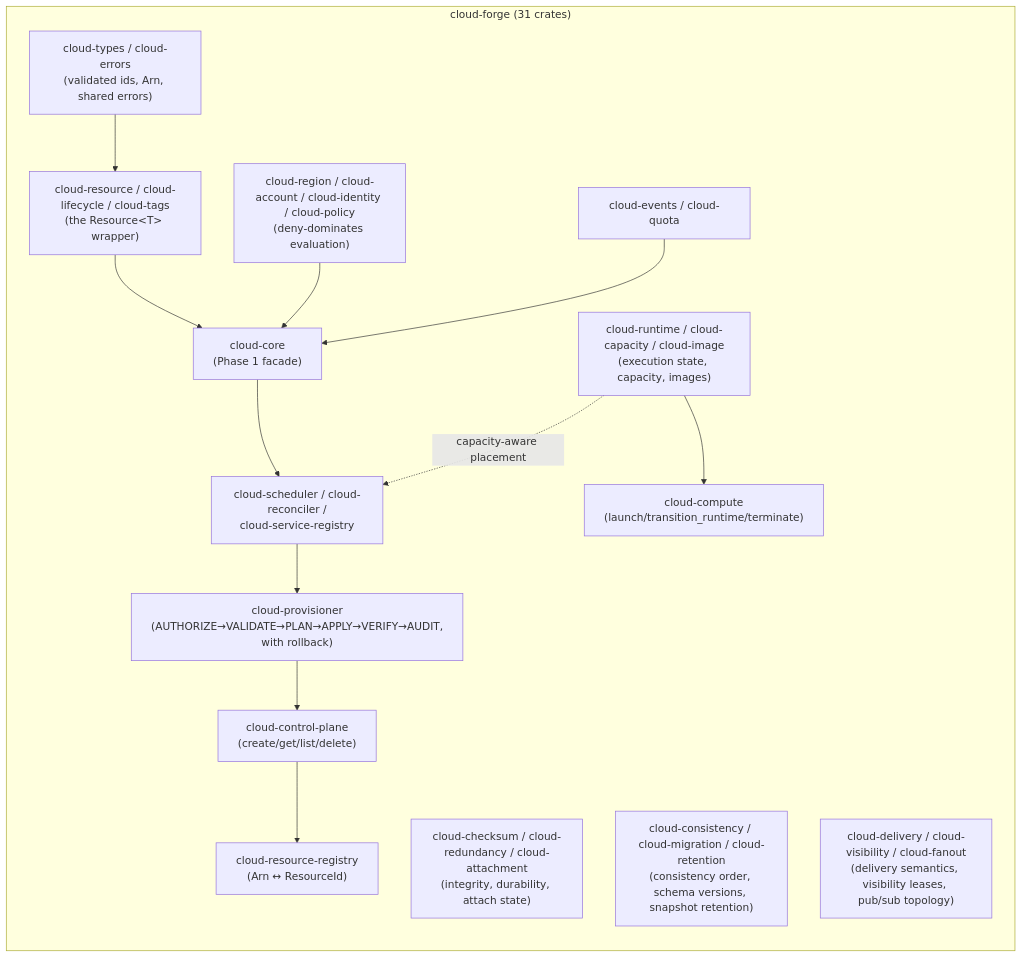
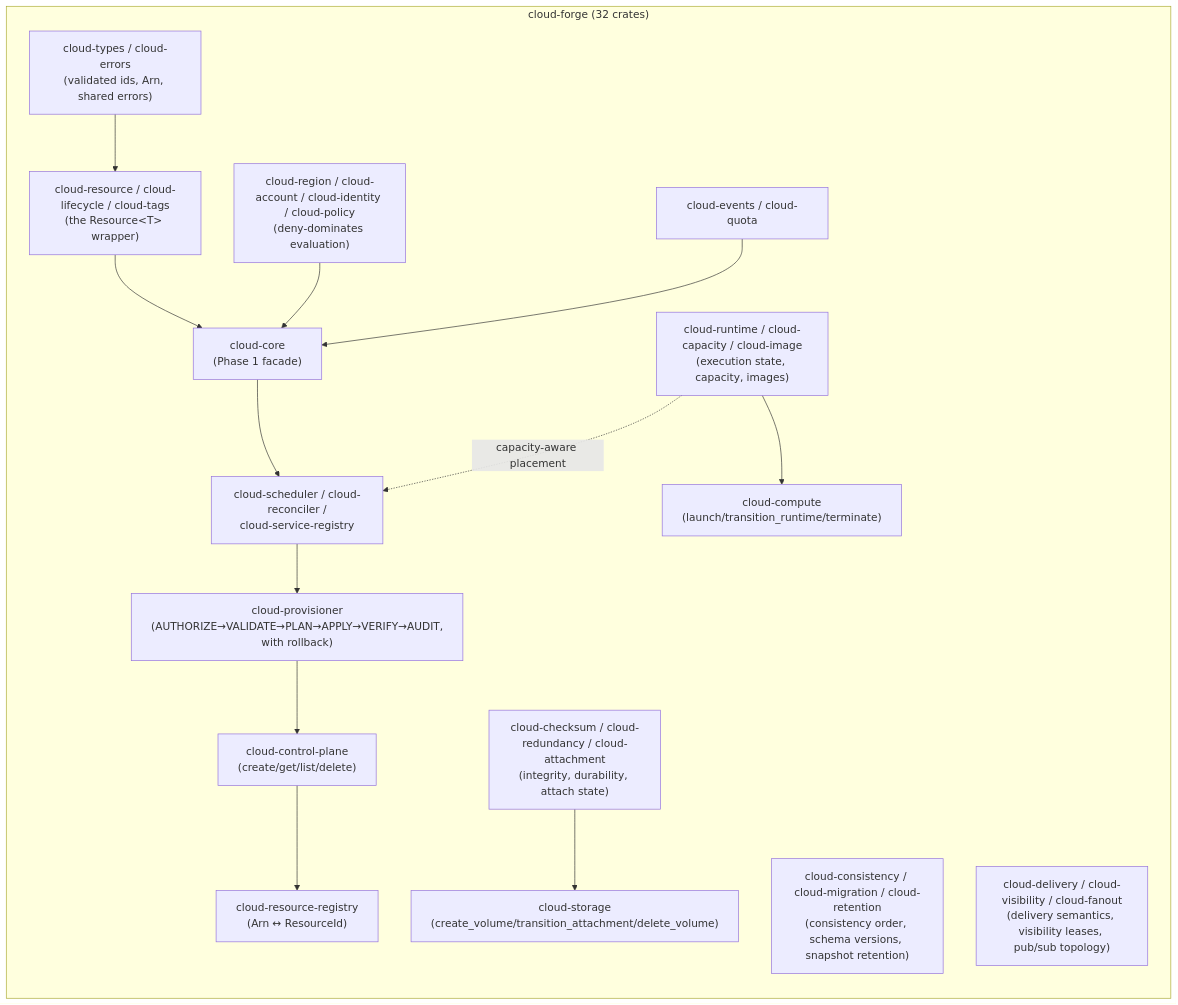
The fifth of 5 diagrams in README.md (SNAPKITTYAGENT9NOVA/tlm-jxcl-forge), drawn with Mermaid before and after one commit. The commit also changed other lines of this file and 5 other files, not shown here.

````diff
--- a/README.md
+++ b/README.md
@@ -410,27 +411,29 @@
 ```mermaid
 flowchart LR
-    subgraph cf["cloud-forge (31 crates)"]
+    subgraph cf["cloud-forge (32 crates)"]
         direction TB
         types["cloud-types / cloud-errors<br/>(validated ids, Arn, shared errors)"]
         model["cloud-resource / cloud-lifecycle / cloud-tags<br/>(the Resource&lt;T&gt; wrapper)"]
         access["cloud-region / cloud-account / cloud-identity / cloud-policy<br/>(deny-dominates evaluation)"]
         ops["cloud-events / cloud-quota"]
         core["cloud-core<br/>(Phase 1 facade)"]
         control["cloud-scheduler / cloud-reconciler /<br/>cloud-service-registry"]
         pipeline["cloud-provisioner<br/>(AUTHORIZE→VALIDATE→PLAN→APPLY→VERIFY→AUDIT,<br/>with rollback)"]
         plane["cloud-control-plane<br/>(create/get/list/delete)"]
         names["cloud-resource-registry<br/>(Arn ↔ ResourceId)"]
         compute["cloud-runtime / cloud-capacity / cloud-image<br/>(execution state, capacity, images)"]
         storage["cloud-checksum / cloud-redundancy / cloud-attachment<br/>(integrity, durability, attach state)"]
         database["cloud-consistency / cloud-migration / cloud-retention<br/>(consistency order, schema versions, snapshot retention)"]
         messaging["cloud-delivery / cloud-visibility / cloud-fanout<br/>(delivery semantics, visibility leases, pub/sub topology)"]
-        service["cloud-compute<br/>(launch/transition_runtime/terminate)"]
+        computeSvc["cloud-compute<br/>(launch/transition_runtime/terminate)"]
+        storageSvc["cloud-storage<br/>(create_volume/transition_attachment/delete_volume)"]
         types --> model --> core
         access --> core
         ops --> core
         core --> control --> pipeline --> plane
         plane --> names
         compute -.capacity-aware placement.-> control
-        compute --> service
+        compute --> computeSvc
+        storage --> storageSvc
     end
 ```
````
